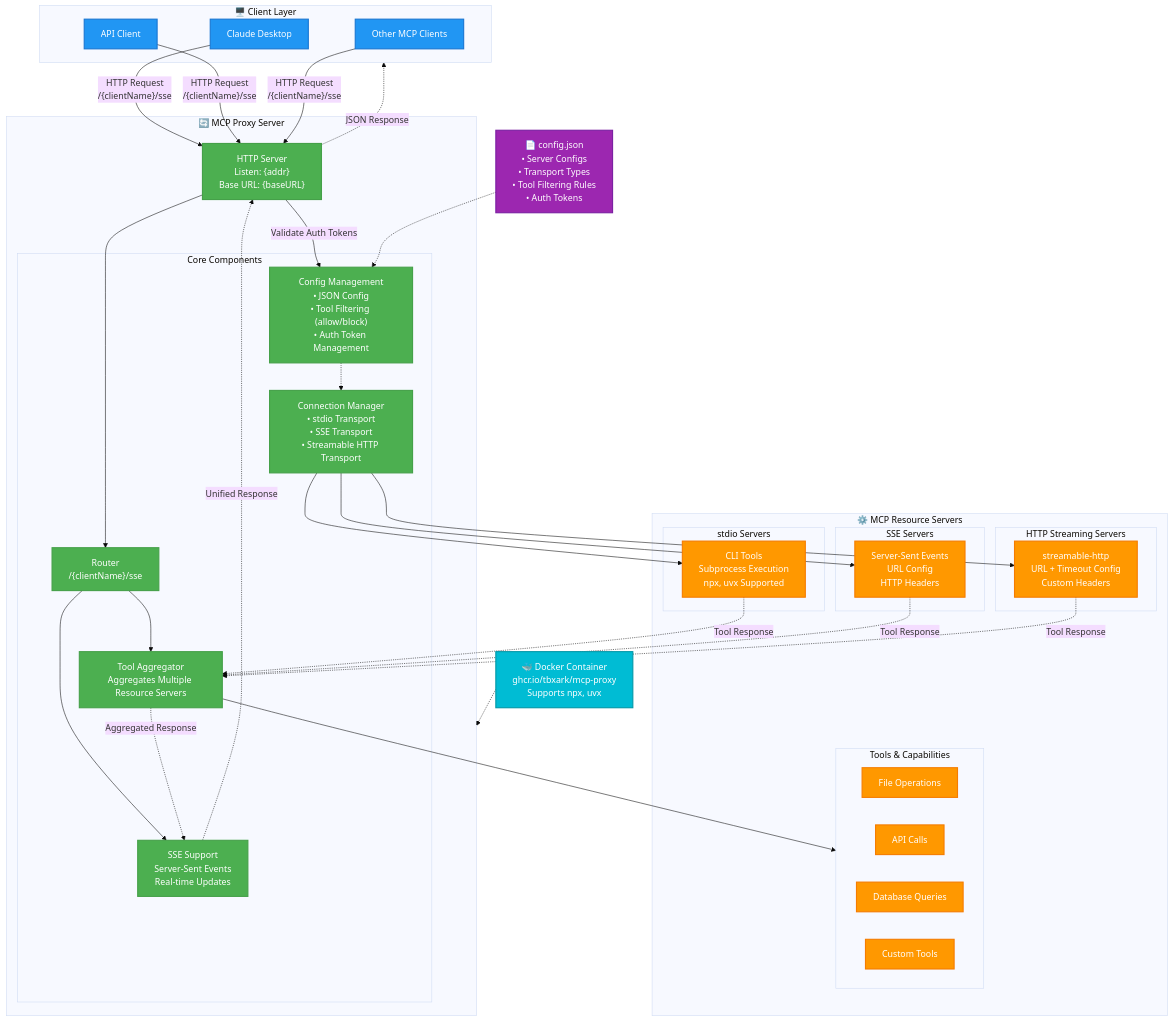
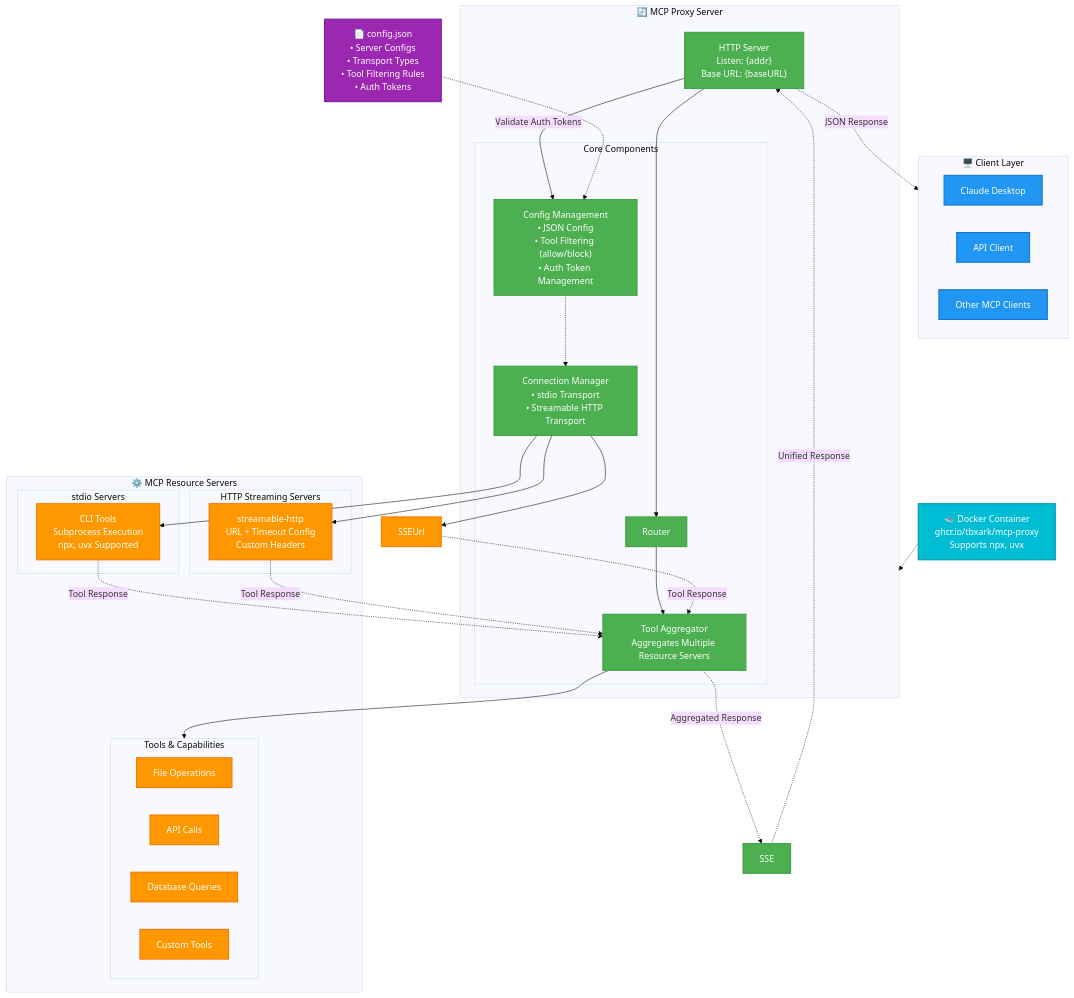
Before and after one commit to go-training/mcp-workshop: the diagram in 05-mcp-proxy/README.md, drawn with Mermaid (base theme). The commit also changed 1 other file, not shown here.

Commit message:
docs: remove SSE support from codebase and update documentation
- Remove SSE support and related configuration from documentation and config files
- Update diagrams to reflect removal of SSE components and endpoints
- Simplify connection manager and router descriptions in documentation

```diff
--- a/05-mcp-proxy/README.md
+++ b/05-mcp-proxy/README.md
@@ -39,11 +39,10 @@
         HTTP["HTTP Server<br/>Listen: {addr}<br/>Base URL: {baseURL}"]
 
         subgraph Core["Core Components"]
-            SSE["SSE Support<br/>Server-Sent Events<br/>Real-time Updates"]
             Aggregator["Tool Aggregator<br/>Aggregates Multiple Resource Servers"]
             Config["Config Management<br/>• JSON Config<br/>• Tool Filtering (allow/block)<br/>• Auth Token Management"]
-            ConnMgr["Connection Manager<br/>• stdio Transport<br/>• SSE Transport<br/>• Streamable HTTP Transport"]
-            Router["Router<br/>/{clientName}/sse"]
+            ConnMgr["Connection Manager<br/>• stdio Transport<br/>• Streamable HTTP Transport"]
+            Router["Router"]
         end
     end
 
@@ -53,9 +52,6 @@
             StdIOCmd["CLI Tools<br/>Subprocess Execution<br/>npx, uvx Supported"]
         end
 
-        subgraph SSEServer["SSE Servers"]
-            SSEUrl["Server-Sent Events<br/>URL Config<br/>HTTP Headers"]
-        end
 
         subgraph HTTPStream["HTTP Streaming Servers"]
             HTTPUrl["streamable-http<br/>URL + Timeout Config<br/>Custom Headers"]
@@ -70,12 +66,8 @@
     end
 
     %% Connections
-    Claude -->|"HTTP Request\n/{clientName}/sse"| HTTP
-    API -->|"HTTP Request\n/{clientName}/sse"| HTTP
-    Other -->|"HTTP Request\n/{clientName}/sse"| HTTP
 
     HTTP --> Router
-    Router --> SSE
     Router --> Aggregator
 
     Config -.-> ConnMgr
```
